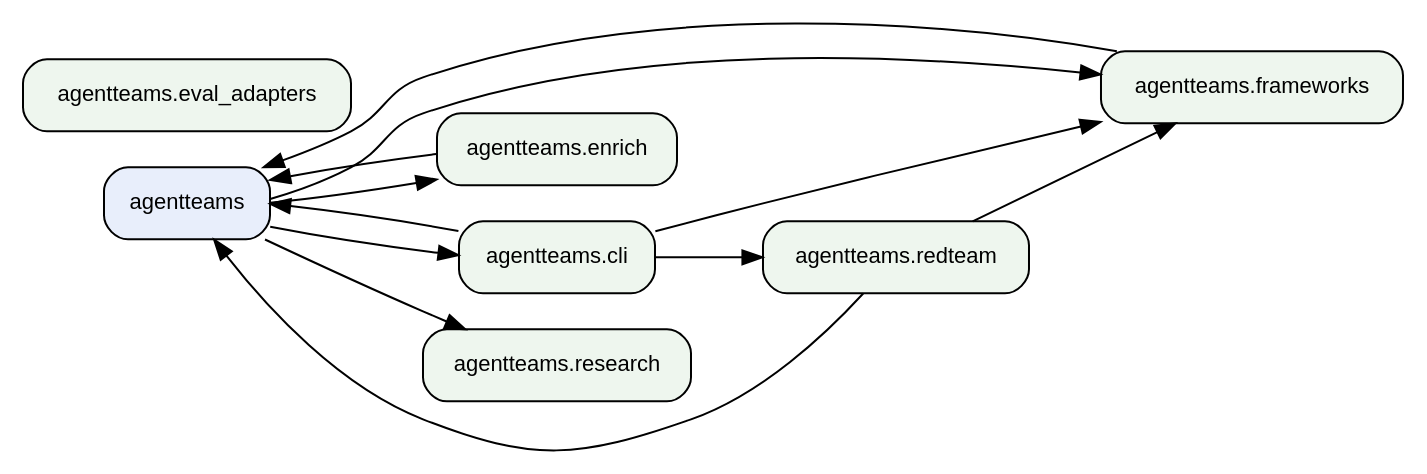
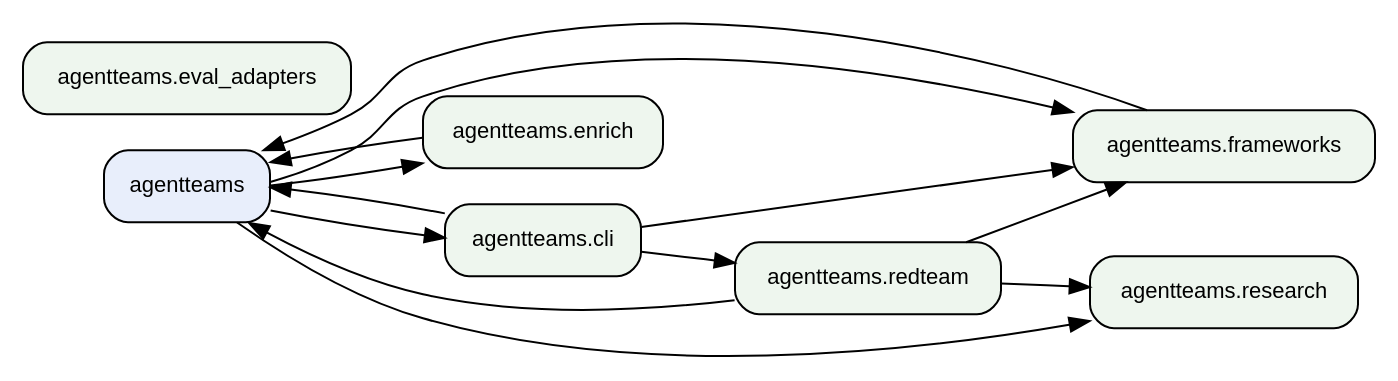
One commit to jlcatonjr/agentteams changed the second of 2 diagrams in references/architecture-graph.md. Above: the diagram before and after it, drawn with Graphviz. The commit also changed other lines of this file and 25 other files, not shown here.

````diff
--- a/references/architecture-graph.md
+++ b/references/architecture-graph.md
@@ -251,25 +255,26 @@
 ```dot
 digraph "agentteams architecture" {
     rankdir=LR;
     node [fontname="Helvetica", fontsize=11, shape=box, style="rounded,filled", fillcolor="#eef6ee"];
     edge [fontsize=9];
     "agentteams" [fillcolor="#e8eefb"];
     "agentteams.cli" [fillcolor="#eef6ee"];
     "agentteams.enrich" [fillcolor="#eef6ee"];
     "agentteams.eval_adapters" [fillcolor="#eef6ee"];
     "agentteams.frameworks" [fillcolor="#eef6ee"];
     "agentteams.redteam" [fillcolor="#eef6ee"];
     "agentteams.research" [fillcolor="#eef6ee"];
     "agentteams" -> "agentteams.cli";
     "agentteams" -> "agentteams.enrich";
     "agentteams" -> "agentteams.frameworks";
     "agentteams" -> "agentteams.research";
     "agentteams.cli" -> "agentteams";
     "agentteams.cli" -> "agentteams.frameworks";
     "agentteams.cli" -> "agentteams.redteam";
     "agentteams.enrich" -> "agentteams";
     "agentteams.frameworks" -> "agentteams";
     "agentteams.redteam" -> "agentteams";
     "agentteams.redteam" -> "agentteams.frameworks";
+    "agentteams.redteam" -> "agentteams.research";
 }
 ```
````
